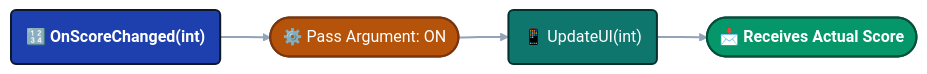
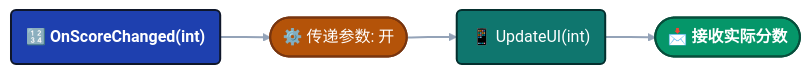
The second of 6 diagrams in i18n/zh/docusaurus-plugin-content-docs/current/game-event-system/flow-graph/game-event-node-behavior.md (tinygiants-tech/TinyGiants), drawn with Mermaid before and after one commit. The commit also changed other lines of this file and 4 other files, not shown here.

Commit message:
修复文档页图像高亮的样式丢失问题

````diff
--- a/i18n/zh/docusaurus-plugin-content-docs/current/game-event-system/flow-graph/game-event-node-behavior.md
+++ b/i18n/zh/docusaurus-plugin-content-docs/current/game-event-system/flow-graph/game-event-node-behavior.md
@@ -220,14 +214,14 @@
 ```mermaid
 graph LR
 
     classDef event fill:#1e40af,stroke:#0f172a,stroke-width:2px,color:#ffffff,font-weight:bold
     classDef setting fill:#b45309,stroke:#78350f,stroke-width:2px,color:#ffffff
     classDef action fill:#0f766e,stroke:#042f2e,stroke-width:2px,color:#ffffff
     classDef result fill:#059669,stroke:#064e3b,stroke-width:2px,color:#ffffff,font-weight:bold
 
-    A("🔢 OnScoreChanged(int)"):::event --> B(["⚙️ Pass Argument: ON"]):::setting
+    A("🔢 OnScoreChanged(int)"):::event --> B(["⚙️ 传递参数: 开"]):::setting
     B --> C("📱 UpdateUI(int)"):::action
-    C --> D(["📩 Receives Actual Score"]):::result
+    C --> D(["📩 接收实际分数"]):::result
 
     linkStyle default stroke:#94a3b8,stroke-width:2px
 ```
````
